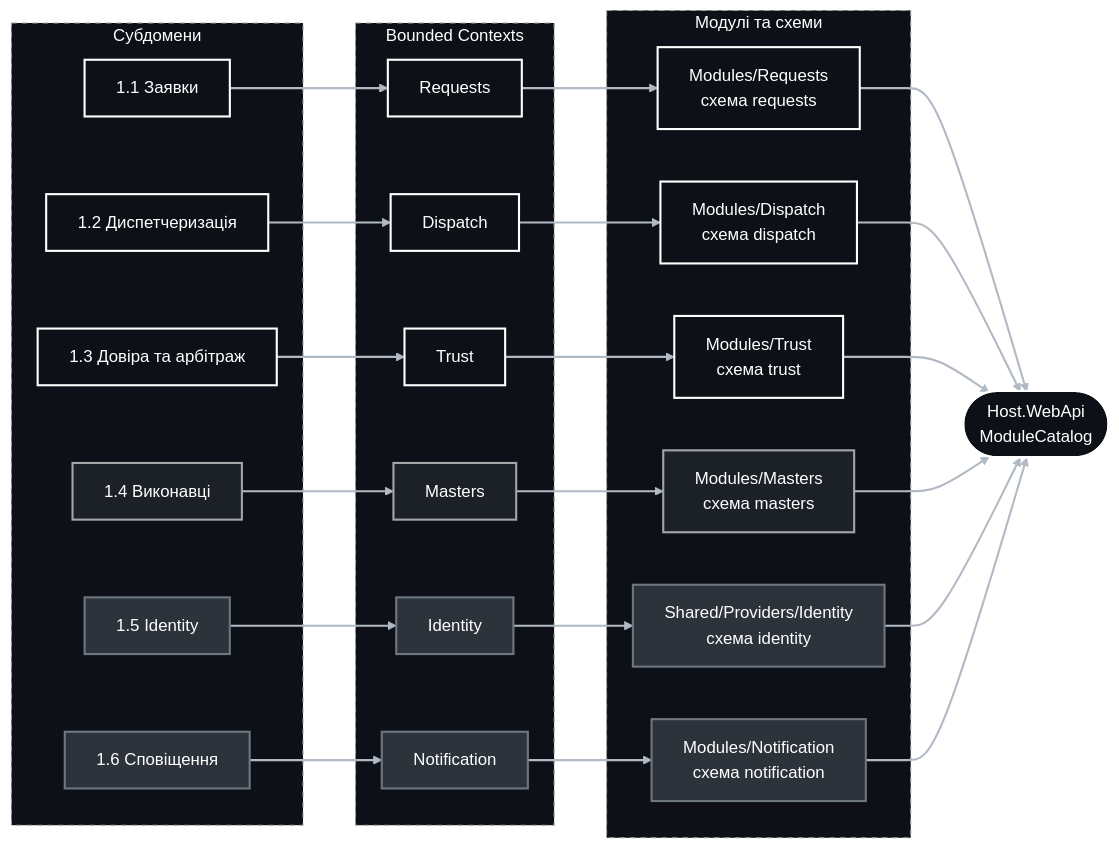
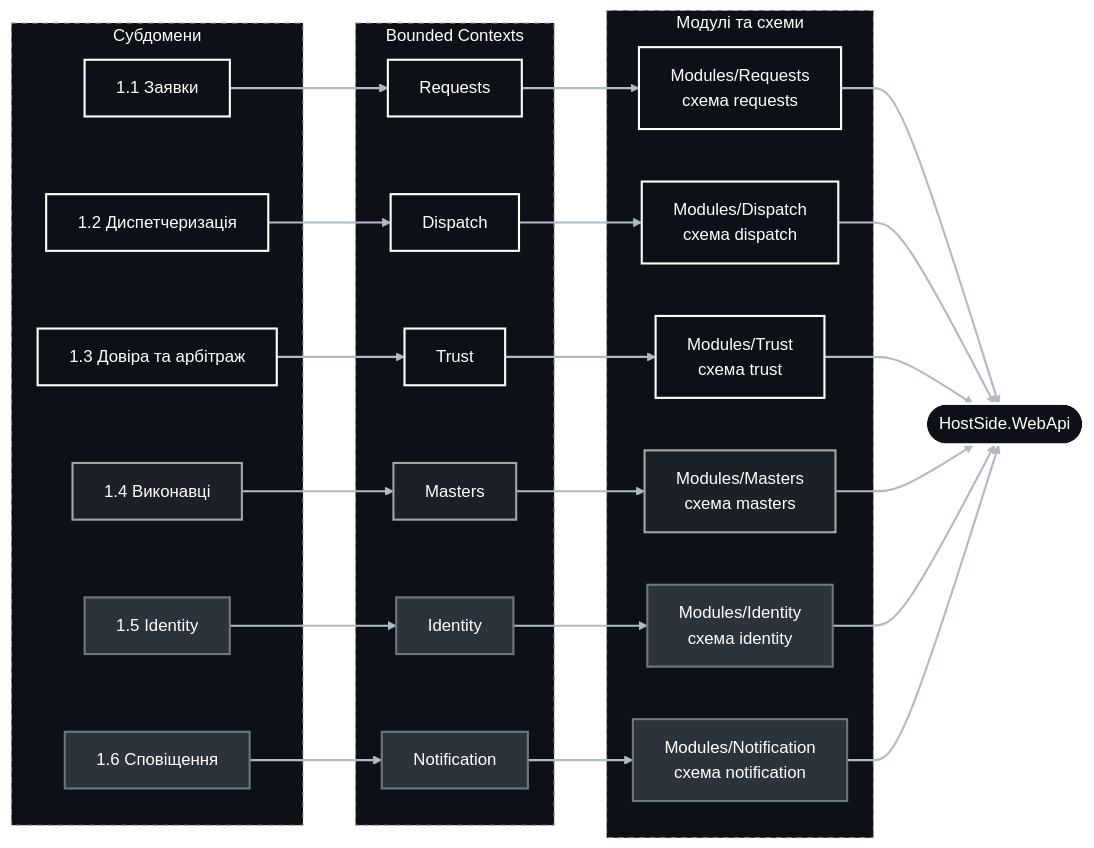
The second of 2 diagrams in docs/domain-driven-design.md (no-more-tears/NoMoreTears), drawn with Mermaid before and after one commit. The commit also changed other lines of this file and 47 other files, not shown here.

````diff
--- a/docs/domain-driven-design.md
+++ b/docs/domain-driven-design.md
@@ -156,56 +109,56 @@
 ```mermaid
 %%{init: {"theme":"base","themeVariables":{"fontFamily":"Segoe UI, Helvetica, Arial, sans-serif","primaryColor":"#1C2128","primaryTextColor":"#FFFFFF","primaryBorderColor":"#A5A5A5","lineColor":"#B1BAC4","edgeLabelBackground":"#1C2128","clusterBkg":"#0D1117","clusterBorder":"#A5A5A5","titleColor":"#FFFFFF"}}}%%
 flowchart LR
     accTitle: Відображення субдоменів на bounded context-и та модулі
     accDescr: Кожен із шести субдоменів відображається на один bounded context і один модуль із власною схемою бази даних. Усі модулі композиціюються єдиним хостом через ModuleCatalog.
 
     subgraph SUB["Субдомени"]
         S1["1.1 Заявки"]
         S2["1.2 Диспетчеризація"]
         S3["1.3 Довіра та арбітраж"]
         S4["1.4 Виконавці"]
         S5["1.5 Identity"]
         S6["1.6 Сповіщення"]
     end
 
     subgraph BC["Bounded Contexts"]
         B1["Requests"]
         B2["Dispatch"]
         B3["Trust"]
         B4["Masters"]
         B5["Identity"]
         B6["Notification"]
     end
 
     subgraph MOD["Модулі та схеми"]
         M1["Modules/Requests<br/>схема requests"]
         M2["Modules/Dispatch<br/>схема dispatch"]
         M3["Modules/Trust<br/>схема trust"]
         M4["Modules/Masters<br/>схема masters"]
-        M5["Shared/Providers/Identity<br/>схема identity"]
+        M5["Modules/Identity<br/>схема identity"]
         M6["Modules/Notification<br/>схема notification"]
     end
 
-    Host(["Host.WebApi<br/>ModuleCatalog"])
+    Host(["HostSide.WebApi"])
 
     S1 --> B1 --> M1 --> Host
     S2 --> B2 --> M2 --> Host
     S3 --> B3 --> M3 --> Host
     S4 --> B4 --> M4 --> Host
     S5 --> B5 --> M5 --> Host
     S6 --> B6 --> M6 --> Host
 
     classDef core fill:#0D1117,color:#FFFFFF,stroke:#FFFFFF,stroke-width:2px;
     classDef support fill:#1C2128,color:#FFFFFF,stroke:#A5A5A5,stroke-width:2px;
     classDef generic fill:#2D333B,color:#FFFFFF,stroke:#6E7681,stroke-width:2px;
 
     class S1,S2,S3,B1,B2,B3,M1,M2,M3,Host core;
     class S4,B4,M4 support;
     class S5,S6,B5,B6,M5,M6 generic;
 
     style SUB fill:#0D1117,stroke:#A5A5A5,stroke-width:1px,stroke-dasharray: 5 5
     style BC fill:#0D1117,stroke:#A5A5A5,stroke-width:1px,stroke-dasharray: 5 5
     style MOD fill:#0D1117,stroke:#A5A5A5,stroke-width:1px,stroke-dasharray: 5 5
 
     linkStyle default stroke:#B1BAC4,stroke-width:2px,color:#FFFFFF
 ```
````
